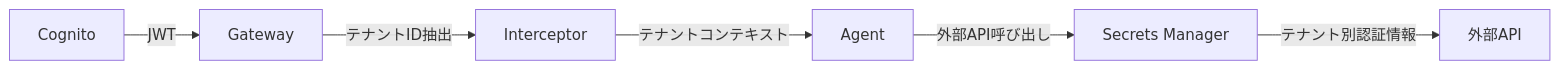
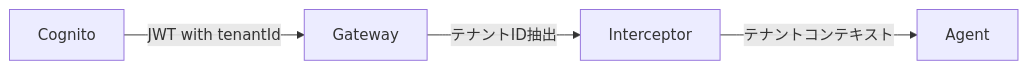
The second of 2 diagrams in docs/05-identity.md (yaggytter/agentcore-multi-tenant-handson), drawn with Mermaid before and after one commit. The commit also changed other lines of this file and 49 other files, not shown here.

````diff
--- a/docs/05-identity.md
+++ b/docs/05-identity.md
@@ -576,8 +467,6 @@
 ```mermaid
 graph LR
-    A[Cognito] -->|JWT| B[Gateway]
+    A[Cognito] -->|JWT with tenantId| B[Gateway]
     B -->|テナントID抽出| C[Interceptor]
     C -->|テナントコンテキスト| D[Agent]
-    D -->|外部API呼び出し| E[Secrets Manager]
-    E -->|テナント別認証情報| F[外部API]
 ```
````
